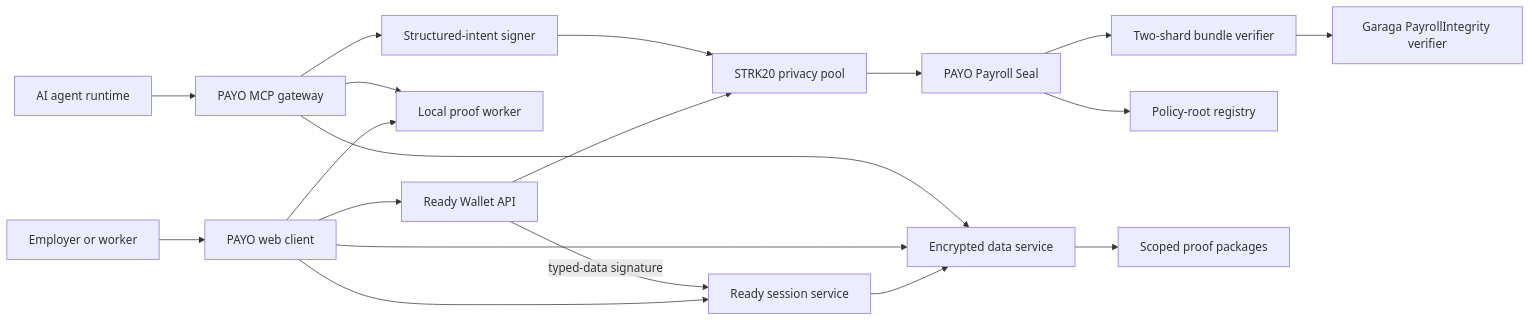
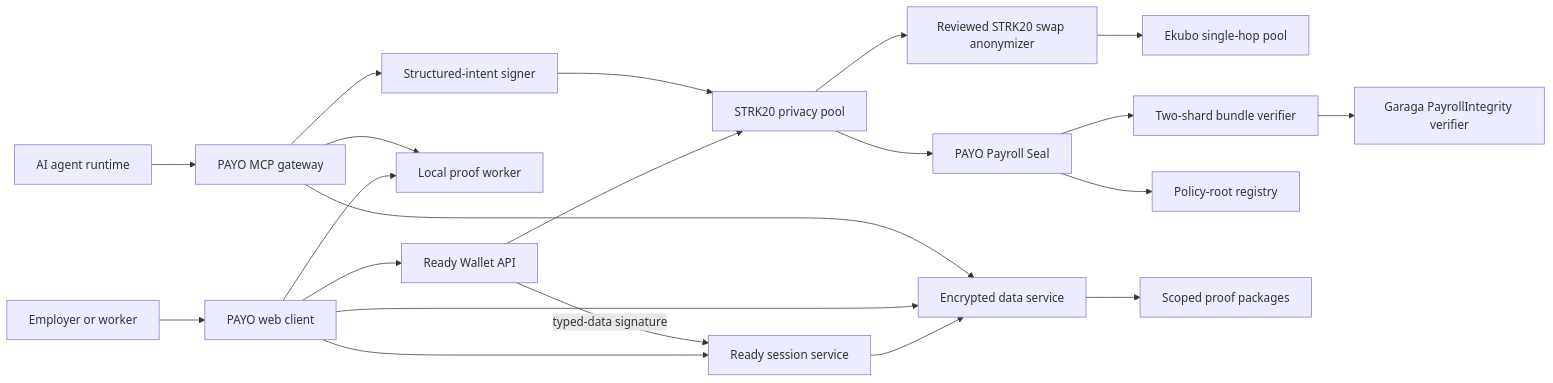
The first of 3 diagrams in architecture.md (Tutulii/private-payroll), drawn with Mermaid before and after one commit. The commit also changed other lines of this file and 200 other files, not shown here.

````diff
--- a/architecture.md
+++ b/architecture.md
@@ -16,21 +16,23 @@
 ```mermaid
 flowchart LR
     Human[Employer or worker] --> Web[PAYO web client]
     Agent[AI agent runtime] --> MCP[PAYO MCP gateway]
     Web --> Ready[Ready Wallet API]
     Web --> Auth[Ready session service]
     Ready -->|typed-data signature| Auth
     Auth --> Vault[Encrypted data service]
     Web --> Vault[Encrypted data service]
     MCP --> Vault
     Web --> Prover[Local proof worker]
     MCP --> Prover
     MCP --> Signer[Structured-intent signer]
     Ready --> Pool[STRK20 privacy pool]
     Signer --> Pool
     Pool --> Seal[PAYO Payroll Seal]
+    Pool --> Exit[Reviewed STRK20 swap anonymizer]
+    Exit --> Ekubo[Ekubo single-hop pool]
     Seal --> Bundle[Two-shard bundle verifier]
     Bundle --> Verifier[Garaga PayrollIntegrity verifier]
     Seal --> Policies[Policy-root registry]
     Vault --> Export[Scoped proof packages]
 ```
````
